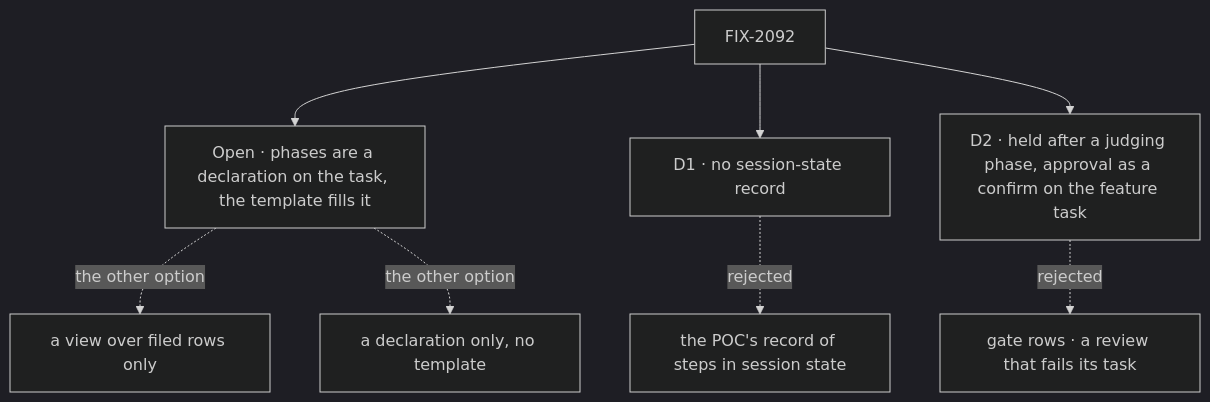
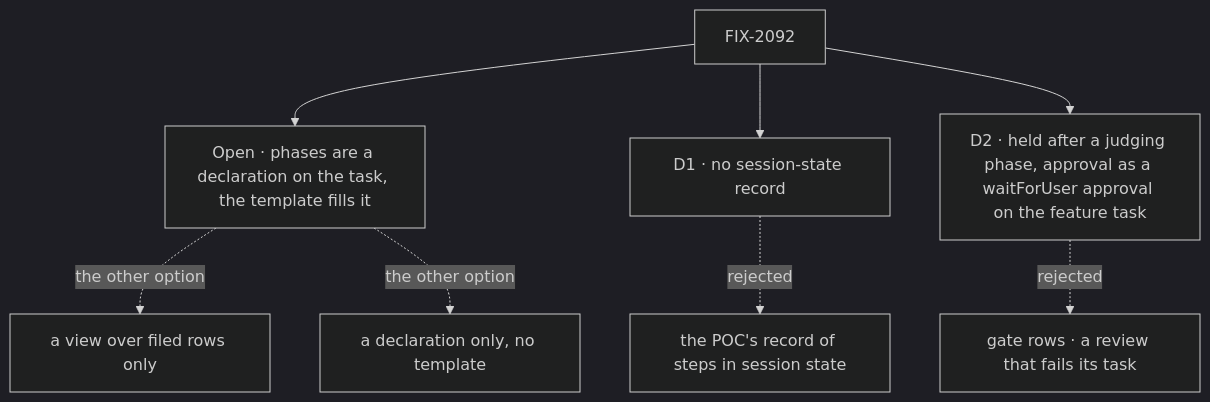
The diagram in specs/epics/FIX-2092/DECISIONS.md (fixpoint-labs/flow-state-dev), drawn with Mermaid (dark theme) before and after one commit. The commit also changed other lines of this file and 4 other files, not shown here.

First line of the commit message:
FIX-2092 spec: approval via waitForUser, steps are delegate rows, no phase status stored

````diff
--- a/specs/epics/FIX-2092/DECISIONS.md
+++ b/specs/epics/FIX-2092/DECISIONS.md
@@ -11,10 +11,10 @@
 ```mermaid
 flowchart TD
   E["FIX-2092"] --> O["Open · phases are a declaration on the task, the template fills it"]
   O -.->|"the other option"| X0["a view over filed rows only"]
   O -.->|"the other option"| X0b["a declaration only, no template"]
   E --> D1["D1 · no session-state record"]
   D1 -.->|"rejected"| X1["the POC's record of steps in session state"]
-  E --> D2["D2 · held after a judging phase, approval as a confirm on the feature task"]
+  E --> D2["D2 · held after a judging phase, approval as a waitForUser approval on the feature task"]
   D2 -.->|"rejected"| X2["gate rows · a review that fails its task"]
 ```
````
